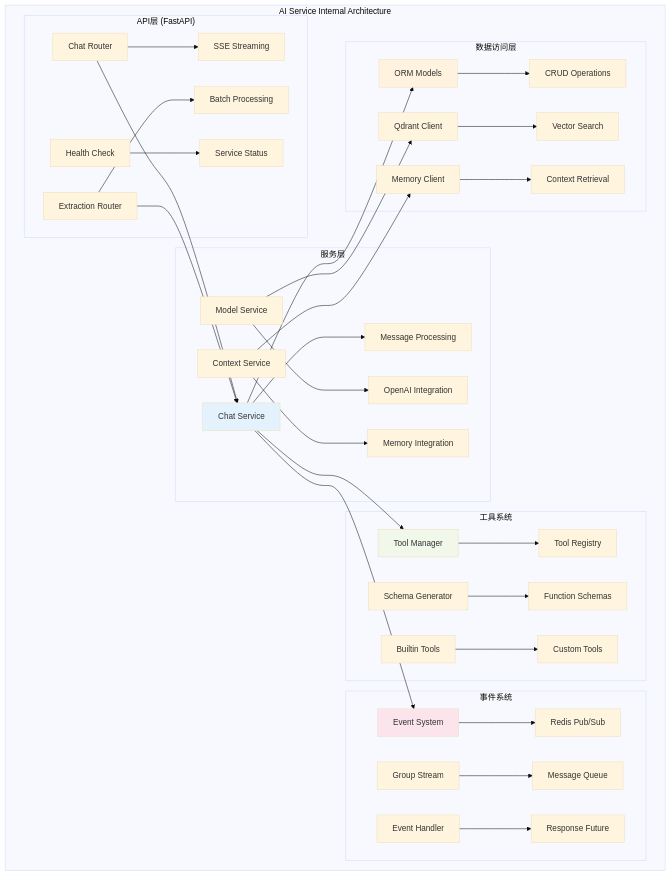
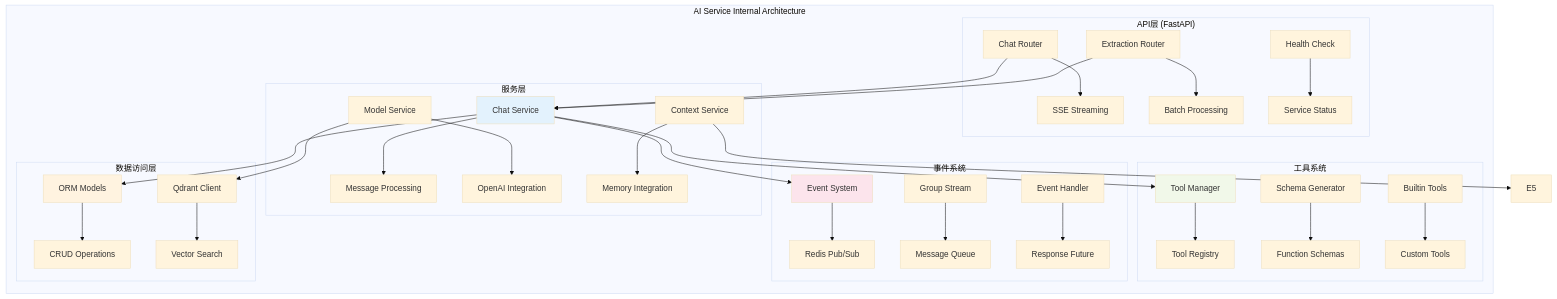
One commit to bezhai/inner_bot_server changed the second of 14 diagrams in ai-service/app/README.md. Above: the diagram before and after it, drawn with Mermaid (base theme). The commit also changed other lines of this file and 12 other files, not shown here.

````diff
--- a/ai-service/app/README.md
+++ b/ai-service/app/README.md
@@ -79,47 +78,46 @@
 ```mermaid
 graph TB
     subgraph "AI Service Internal Architecture"
         subgraph "API层 (FastAPI)"
             A1[Chat Router] --> A2[SSE Streaming]
             A3[Extraction Router] --> A4[Batch Processing]
             A5[Health Check] --> A6[Service Status]
         end
         
         subgraph "服务层"
             B1[Chat Service] --> B2[Message Processing]
             B3[Model Service] --> B4[OpenAI Integration]
             B5[Context Service] --> B6[Memory Integration]
         end
         
         subgraph "工具系统"
             C1[Tool Manager] --> C2[Tool Registry]
             C3[Schema Generator] --> C4[Function Schemas]
             C5[Builtin Tools] --> C6[Custom Tools]
         end
         
         subgraph "事件系统"
             D1[Event System] --> D2[Redis Pub/Sub]
             D3[Group Stream] --> D4[Message Queue]
             D5[Event Handler] --> D6[Response Future]
         end
         
         subgraph "数据访问层"
             E1[ORM Models] --> E2[CRUD Operations]
             E3[Qdrant Client] --> E4[Vector Search]
-            E5[Memory Client] --> E6[Context Retrieval]
         end
     end
     
     A1 --> B1
     A3 --> B1
     B1 --> C1
     B1 --> D1
     B1 --> E1
     B3 --> E3
     B5 --> E5
     
     style B1 fill:#e3f2fd
     style C1 fill:#f1f8e9
     style D1 fill:#fce4ec
     style E1 fill:#fff3e0
 ```
````
